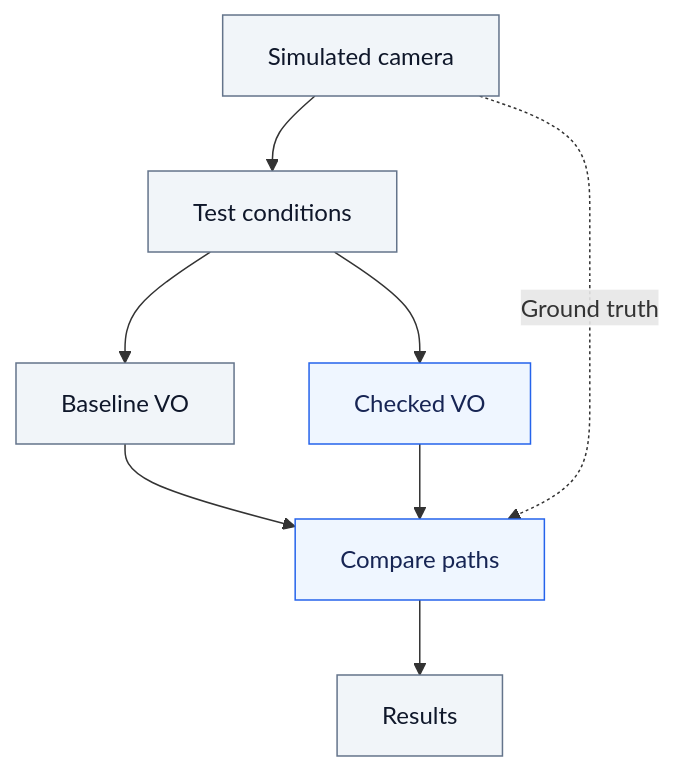
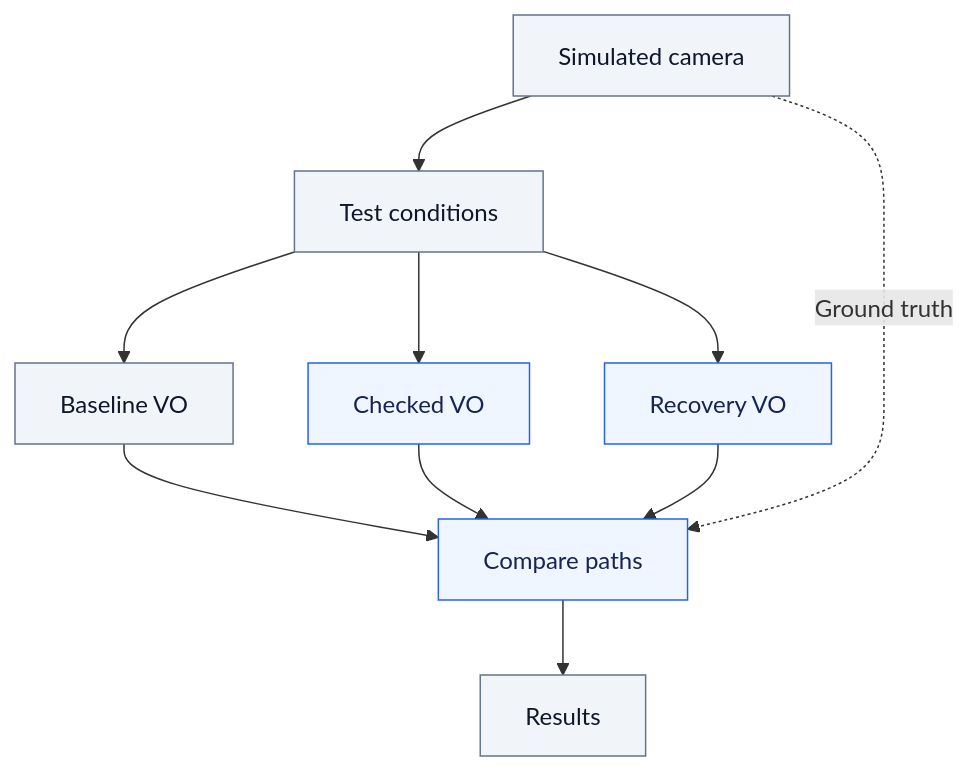
The diagram in README.md (amoghskanda/drone-vo-lab), drawn with Mermaid before and after one commit. The commit also changed other lines of this file and 12 other files, not shown here.

````diff
--- a/README.md
+++ b/README.md
@@ -42,15 +44,17 @@
 ```mermaid
 flowchart TB
     sim["Simulated camera"] --> conditions["Test conditions"]
     conditions --> baseline["Baseline VO"]
     conditions --> checked["Checked VO"]
+    conditions --> recovery["Recovery VO"]
     baseline --> compare["Compare paths"]
     checked --> compare
+    recovery --> compare
     sim -. "Ground truth" .-> compare
     compare --> results["Results"]
 
     classDef plain fill:#f1f5f9,stroke:#64748b,color:#0f172a
     classDef accent fill:#eff6ff,stroke:#2563eb,color:#172554
     class sim,conditions,baseline,results plain
-    class checked,compare accent
+    class checked,recovery,compare accent
 ```
````
